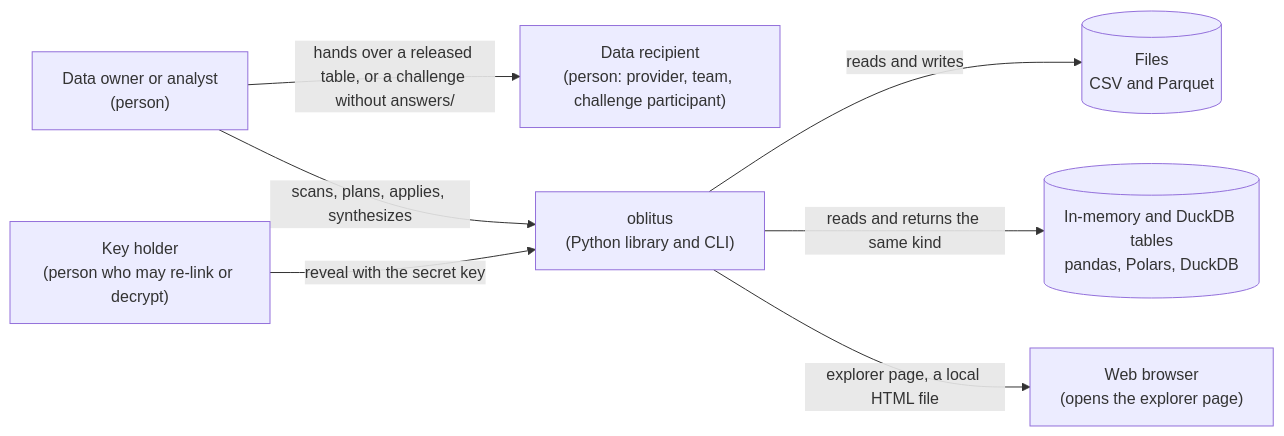
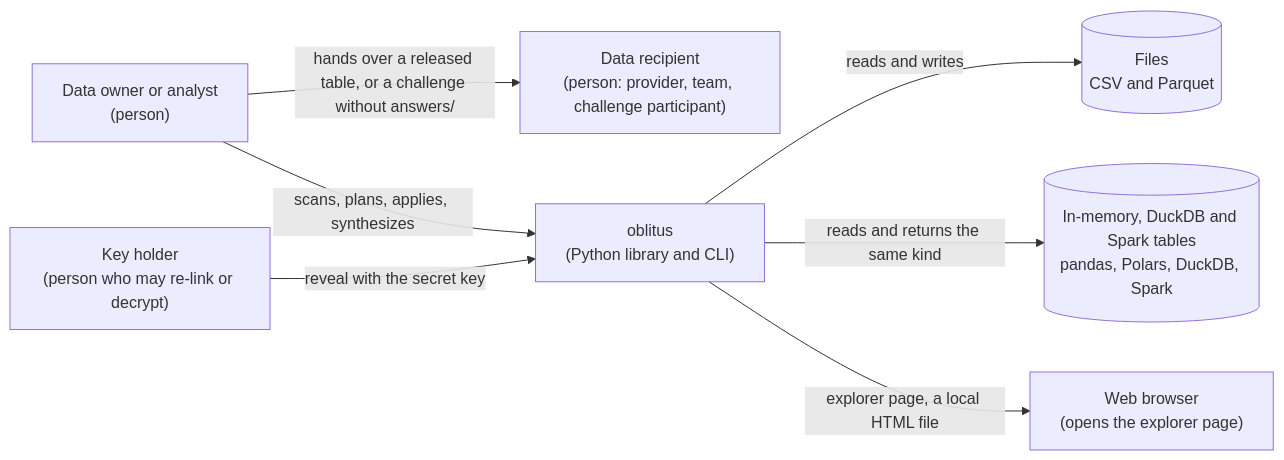
One commit to rmonteiro-pereira/data-anonymizer changed the first of 4 diagrams in ARCHITECTURE.md. Above: the diagram before and after it, drawn with Mermaid. The commit also changed other lines of this file and 13 other files, not shown here.

````diff
--- a/ARCHITECTURE.md
+++ b/ARCHITECTURE.md
@@ -35,17 +35,17 @@
 ```mermaid
 flowchart LR
   owner["Data owner or analyst<br/>(person)"]
   recipient["Data recipient<br/>(person: provider, team, challenge participant)"]
   keyholder["Key holder<br/>(person who may re-link or decrypt)"]
   system["oblitus<br/>(Python library and CLI)"]
   files[("Files<br/>CSV and Parquet")]
-  frames[("In-memory and DuckDB tables<br/>pandas, Polars, DuckDB")]
+  frames[("In-memory, DuckDB and Spark tables<br/>pandas, Polars, DuckDB, Spark")]
   browser["Web browser<br/>(opens the explorer page)"]
 
   owner -->|"scans, plans, applies, synthesizes"| system
   system -->|"reads and writes"| files
   system -->|"reads and returns the same kind"| frames
   owner -->|"hands over a released table, or a challenge without answers/"| recipient
   system -->|"explorer page, a local HTML file"| browser
   keyholder -->|"reveal with the secret key"| system
 ```
````
